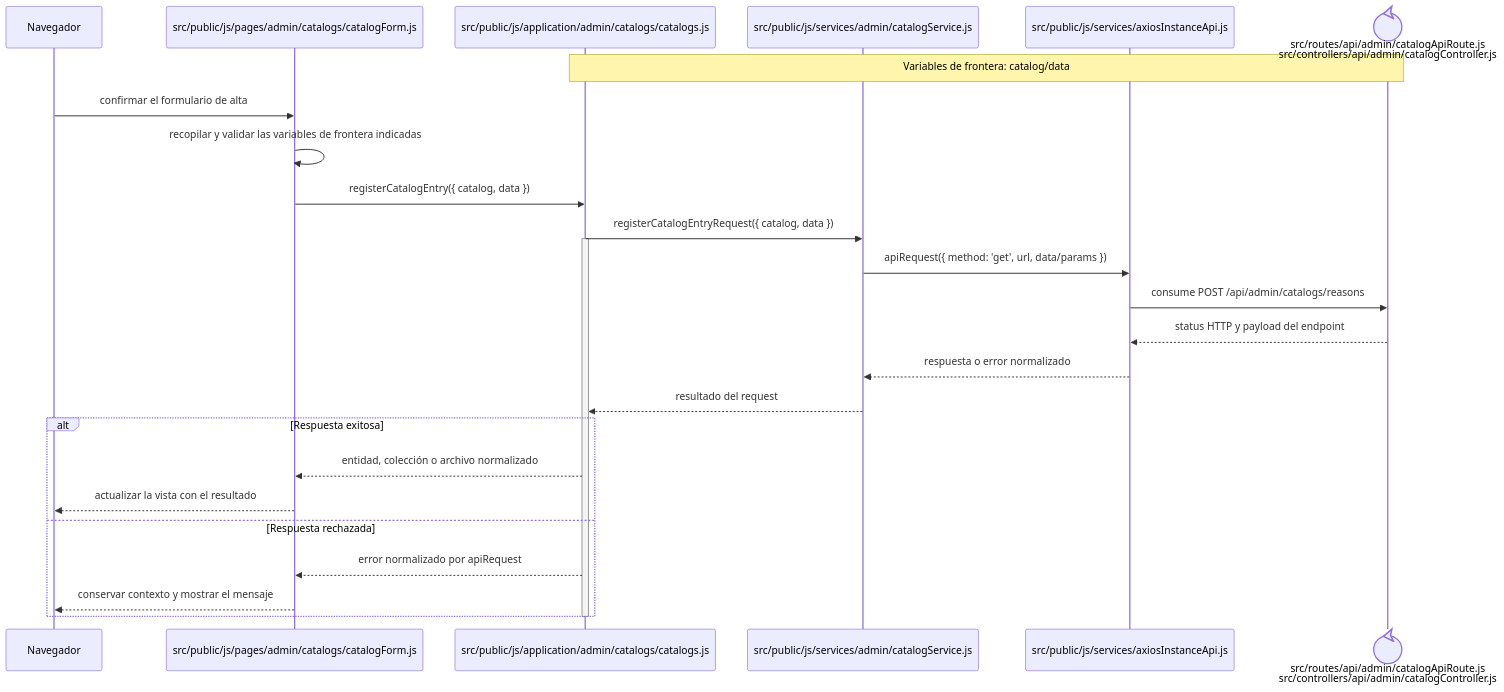
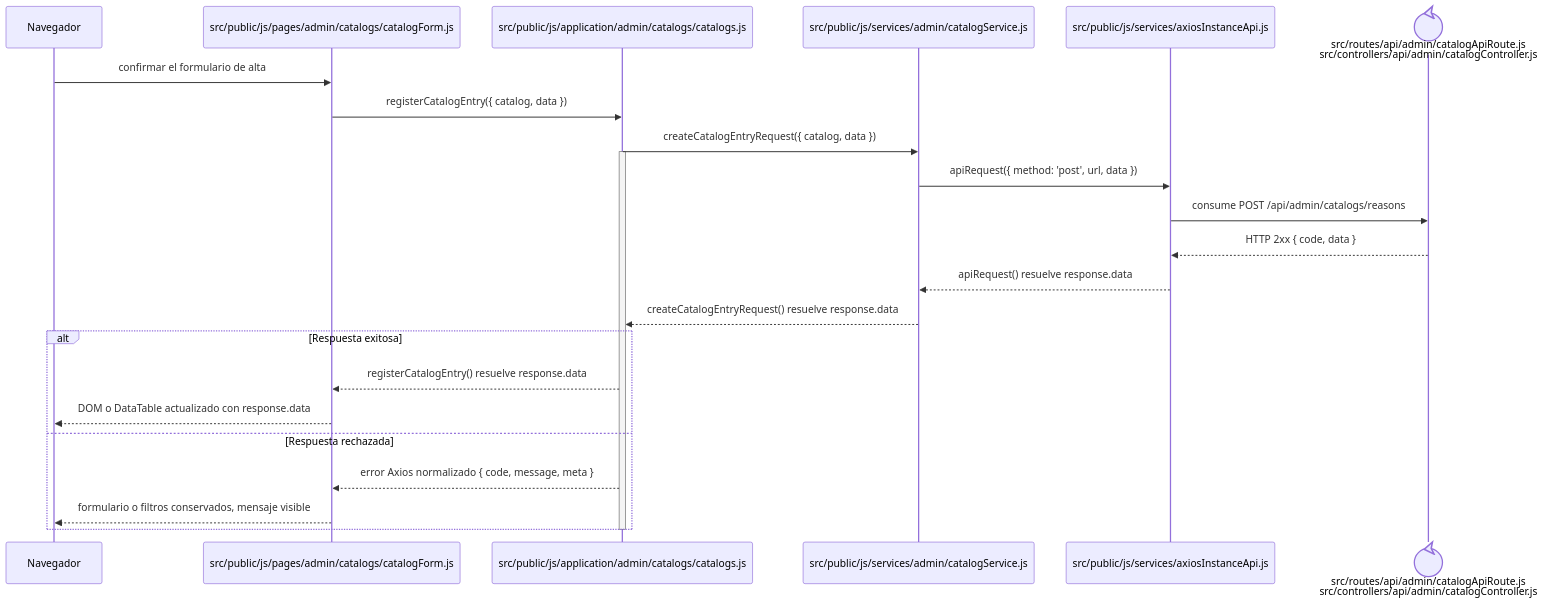
One commit to gpgsistemas01/nexus changed the diagram in docs/architecture/frontend-code-sequences/catalogs/cu-cat-22.md. Above: the diagram before and after it, drawn with Mermaid. The commit also changed 148 other files, not shown here.

````diff
--- a/docs/architecture/frontend-code-sequences/catalogs/cu-cat-22.md
+++ b/docs/architecture/frontend-code-sequences/catalogs/cu-cat-22.md
@@ -6,29 +6,27 @@
 ```mermaid
 sequenceDiagram
     participant Browser as Navegador
     participant View as src/public/js/pages/admin/catalogs/catalogForm.js
     participant Application as src/public/js/application/admin/catalogs/catalogs.js
     participant Request as src/public/js/services/admin/catalogService.js
     participant HTTP as src/public/js/services/axiosInstanceApi.js
     participant Transport@{ "type": "control" } as src/routes/api/admin/catalogApiRoute.js<br/>src/controllers/api/admin/catalogController.js
-    Note over Application,Transport: Variables de frontera: catalog/data
 
     Browser->>View: confirmar el formulario de alta
-    View->>View: recopilar y validar las variables de frontera indicadas
     View->>Application: registerCatalogEntry({ catalog, data })
-    Application->>Request: registerCatalogEntryRequest({ catalog, data })
+    Application->>Request: createCatalogEntryRequest({ catalog, data })
     activate Application
-    Request->>HTTP: apiRequest({ method: 'get', url, data/params })
+    Request->>HTTP: apiRequest({ method: 'post', url, data })
     HTTP->>Transport: consume POST /api/admin/catalogs/reasons
-    Transport-->>HTTP: status HTTP y payload del endpoint
-    HTTP-->>Request: respuesta o error normalizado
-    Request-->>Application: resultado del request
+    Transport-->>HTTP: HTTP 2xx { code, data }
+    HTTP-->>Request: apiRequest() resuelve response.data
+    Request-->>Application: createCatalogEntryRequest() resuelve response.data
     alt Respuesta exitosa
-        Application-->>View: entidad, colección o archivo normalizado
-        View-->>Browser: actualizar la vista con el resultado
+        Application-->>View: registerCatalogEntry() resuelve response.data
+        View-->>Browser: DOM o DataTable actualizado con response.data
     else Respuesta rechazada
-        Application-->>View: error normalizado por apiRequest
-        View-->>Browser: conservar contexto y mostrar el mensaje
+        Application-->>View: error Axios normalizado { code, message, meta }
+        View-->>Browser: formulario o filtros conservados, mensaje visible
     end
     deactivate Application
 ```
````
